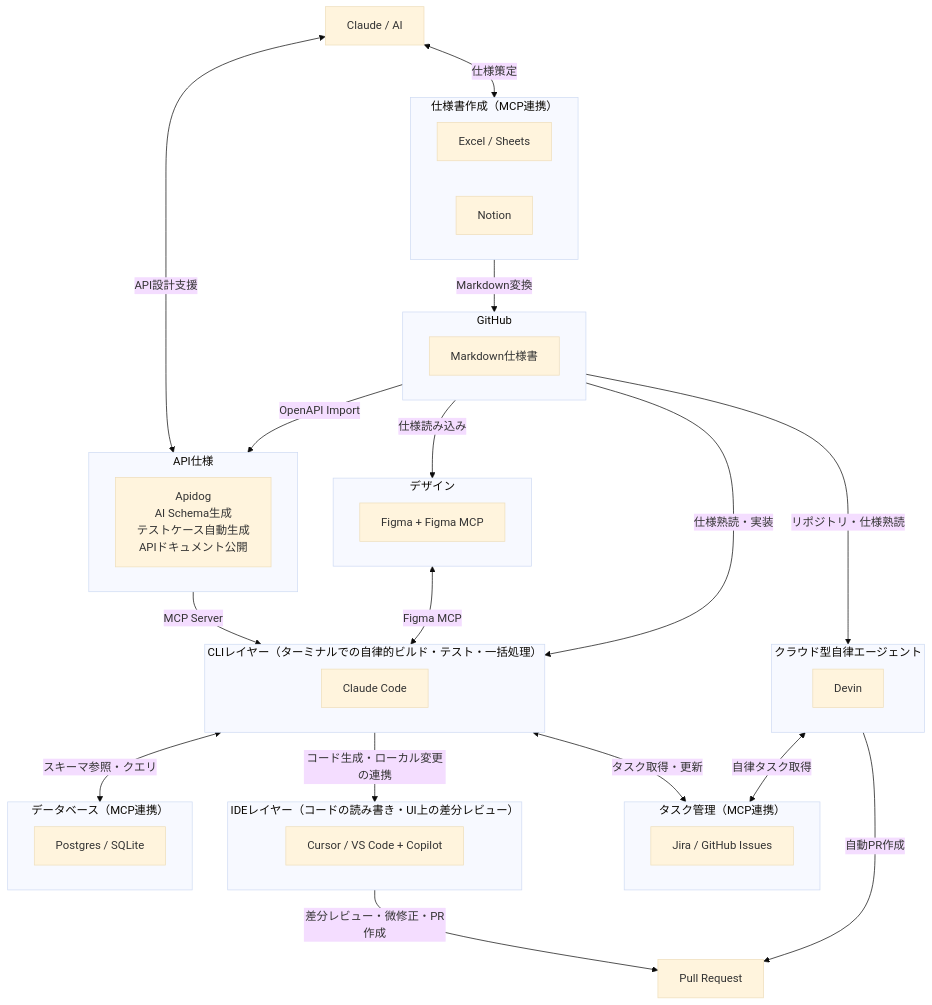
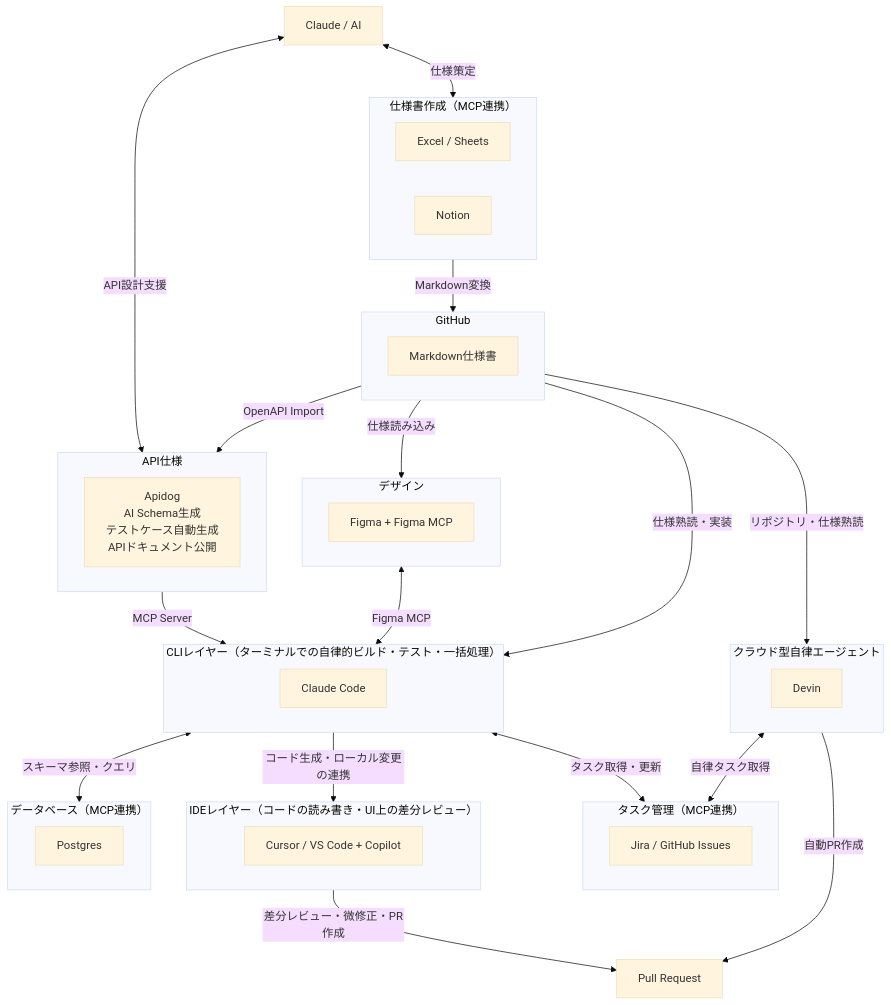
Before and after one commit to takuma39/ai: the third of 23 diagrams in AI駆動開発.md, drawn with Mermaid (base theme). The commit also changed other lines of this file, not shown here.

````diff
--- a/AI駆動開発.md
+++ b/AI駆動開発.md
@@ -113,58 +107,58 @@
 ```mermaid
 graph TD
     Claude["Claude / AI"]
 
     subgraph specs["仕様書作成（MCP連携）"]
         Excel["Excel / Sheets"]
         NotionTool["Notion"]
     end
 
     subgraph github["GitHub"]
         MD["Markdown仕様書"]
     end
 
     subgraph tasks["タスク管理（MCP連携）"]
         Jira["Jira / GitHub Issues"]
     end
     subgraph apispec["API仕様"]
         Apidog["Apidog<br/>AI Schema生成<br/>テストケース自動生成<br/>APIドキュメント公開"]
     end
 
     subgraph figma_ui["デザイン"]
         Figma["Figma + Figma MCP"]
     end
 
     subgraph ide["IDEレイヤー（コードの読み書き・UI上の差分レビュー）"]
         Cursor["Cursor / VS Code + Copilot"]
     end
 
     subgraph cli["CLIレイヤー（ターミナルでの自律的ビルド・テスト・一括処理）"]
         CC["Claude Code"]
     end
 
     subgraph saas_agent["クラウド型自律エージェント"]
         Devin["Devin"]
     end
 
     subgraph database["データベース（MCP連携）"]
-        DB["Postgres / SQLite"]
+        DB["Postgres"]
     end
 
     PR["Pull Request"]
 
     Claude <-->|"仕様策定"| specs
     Claude <-->|"API設計支援"| apispec
     cli <-->|"タスク取得・更新"| tasks
     saas_agent <-->|"自律タスク取得"| tasks
     specs -->|"Markdown変換"| github
     github -->|"OpenAPI Import"| apispec
     apispec -->|"MCP Server"| cli
     github -->|"仕様読み込み"| figma_ui
     figma_ui <-->|"Figma MCP"| cli
     github -->|"仕様熟読・実装"| cli
     github -->|"リポジトリ・仕様熟読"| saas_agent
     cli <-->|"スキーマ参照・クエリ"| database
     cli -->|"コード生成・ローカル変更の連携"| ide
     ide -->|"差分レビュー・微修正・PR作成"| PR
     saas_agent -->|"自動PR作成"| PR
 ```
````
